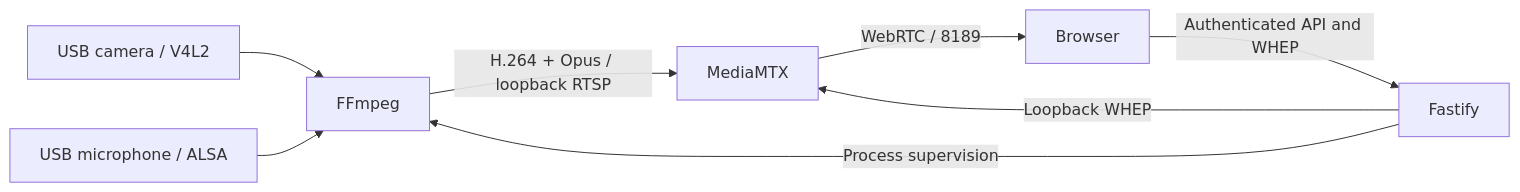
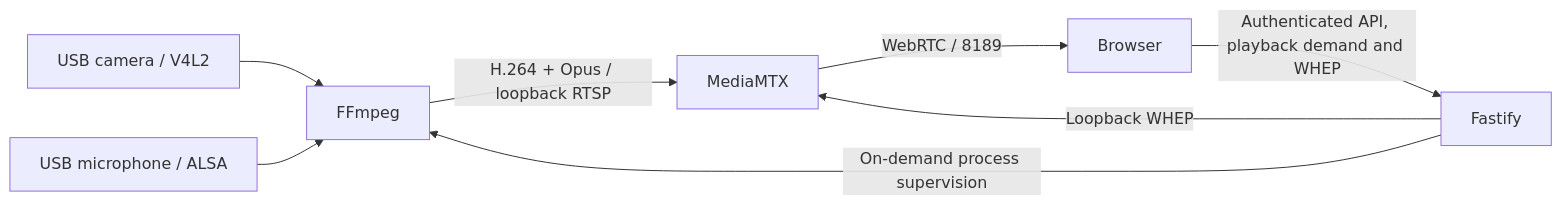
One commit to Snake-Konginchrist/lanvoryn changed the diagram in docs/ARCHITECTURE.md. Above: the diagram before and after it, drawn with Mermaid. The commit also changed other lines of this file and 13 other files, not shown here.

````diff
--- a/docs/ARCHITECTURE.md
+++ b/docs/ARCHITECTURE.md
@@ -5,10 +5,10 @@
 ```mermaid
 flowchart LR
   V[USB camera / V4L2] --> F[FFmpeg]
   A[USB microphone / ALSA] --> F
   F -->|H.264 + Opus / loopback RTSP| M[MediaMTX]
-  B[Browser] -->|Authenticated API and WHEP| S[Fastify]
+  B[Browser] -->|Authenticated API, playback demand and WHEP| S[Fastify]
   S -->|Loopback WHEP| M
   M -->|WebRTC / 8189| B
-  S -->|Process supervision| F
+  S -->|On-demand process supervision| F
 ```
````
